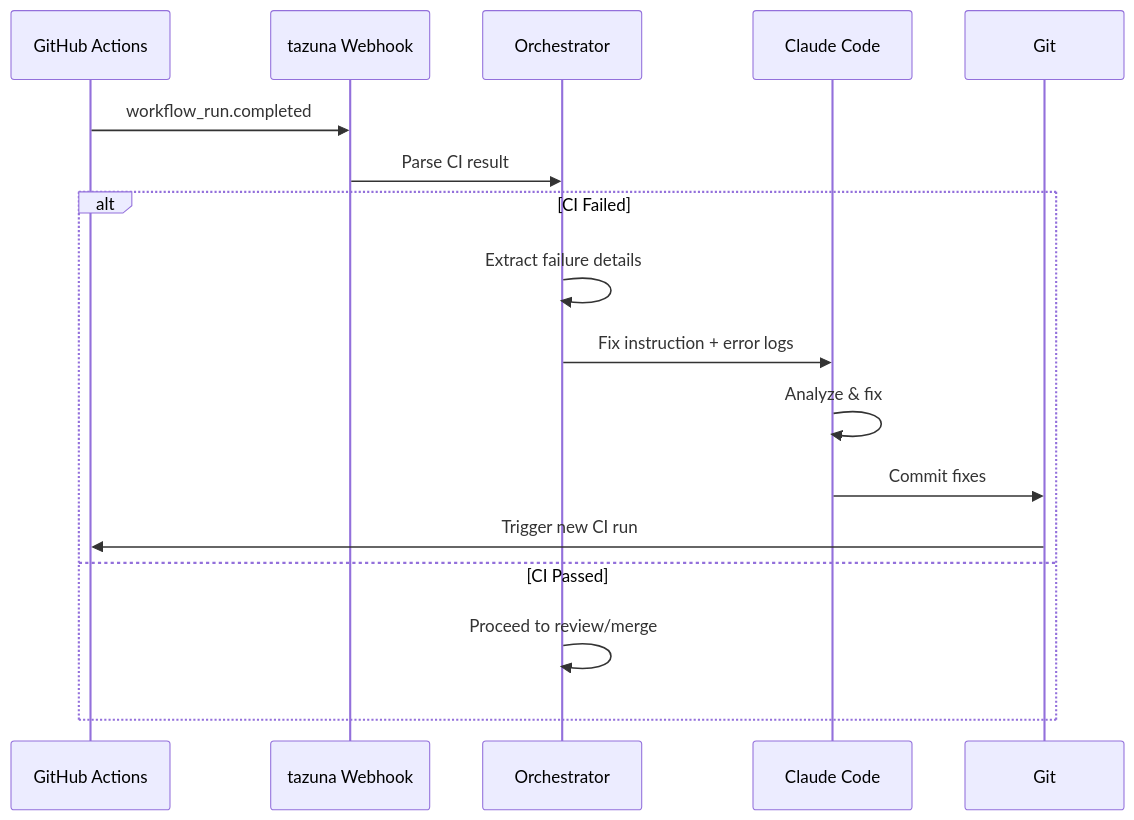
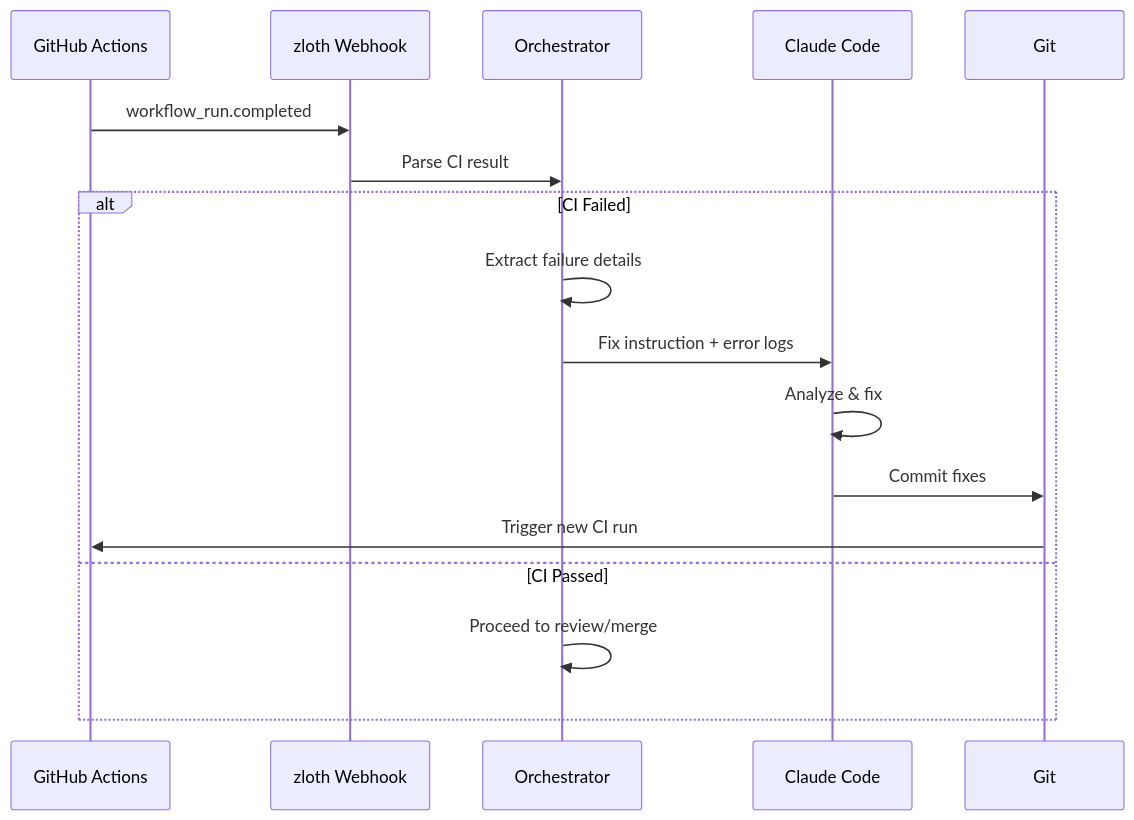
The fourth of 7 diagrams in docs/agentic-dursor.md (hampen2929/zloth), drawn with Mermaid before and after one commit. The commit also changed other lines of this file and 175 other files, not shown here.

````diff
--- a/docs/agentic-dursor.md
+++ b/docs/agentic-dursor.md
@@ -154,20 +154,20 @@
 ```mermaid
 sequenceDiagram
     participant GH as GitHub Actions
-    participant WH as tazuna Webhook
+    participant WH as zloth Webhook
     participant OR as Orchestrator
     participant CC as Claude Code
     participant GIT as Git
 
     GH->>WH: workflow_run.completed
     WH->>OR: Parse CI result
     alt CI Failed
         OR->>OR: Extract failure details
         OR->>CC: Fix instruction + error logs
         CC->>CC: Analyze & fix
         CC->>GIT: Commit fixes
         GIT->>GH: Trigger new CI run
     else CI Passed
         OR->>OR: Proceed to review/merge
     end
 ```
````
